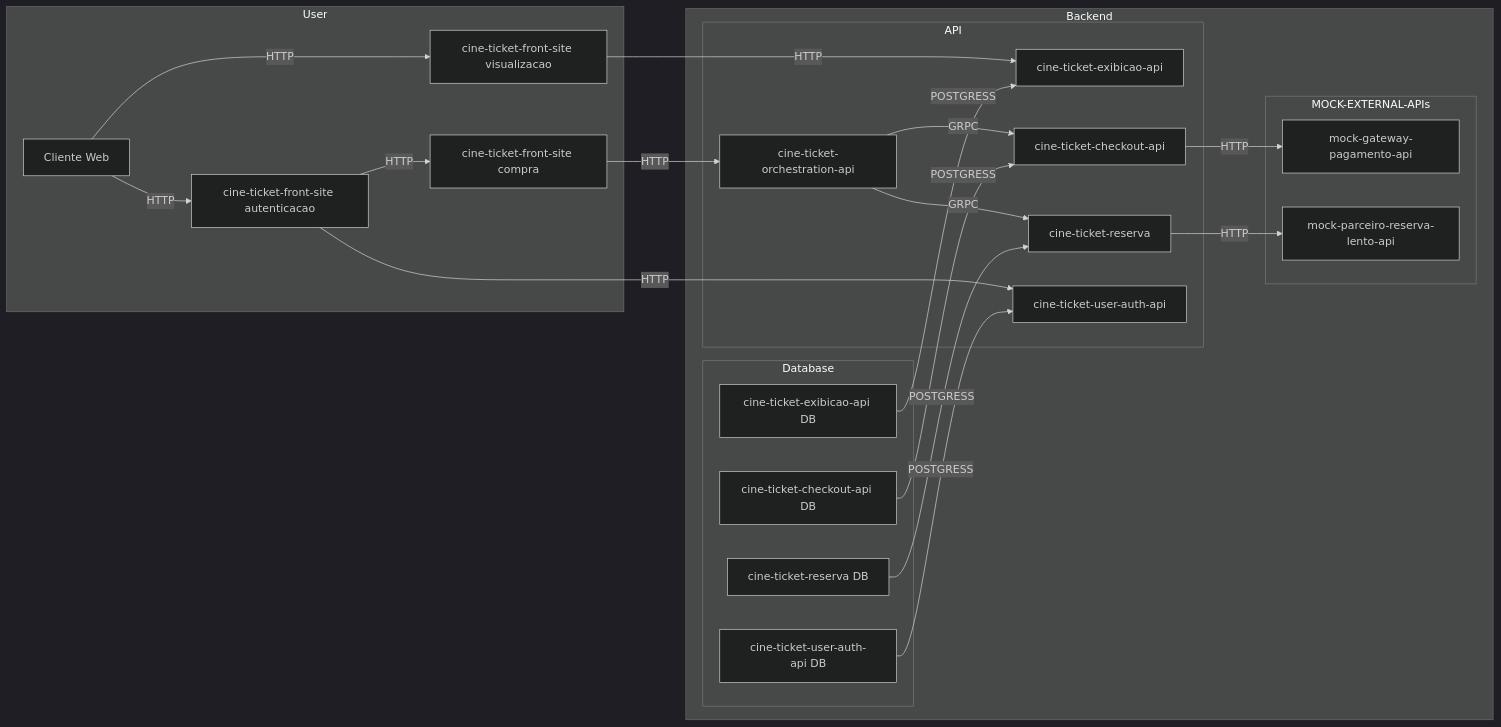
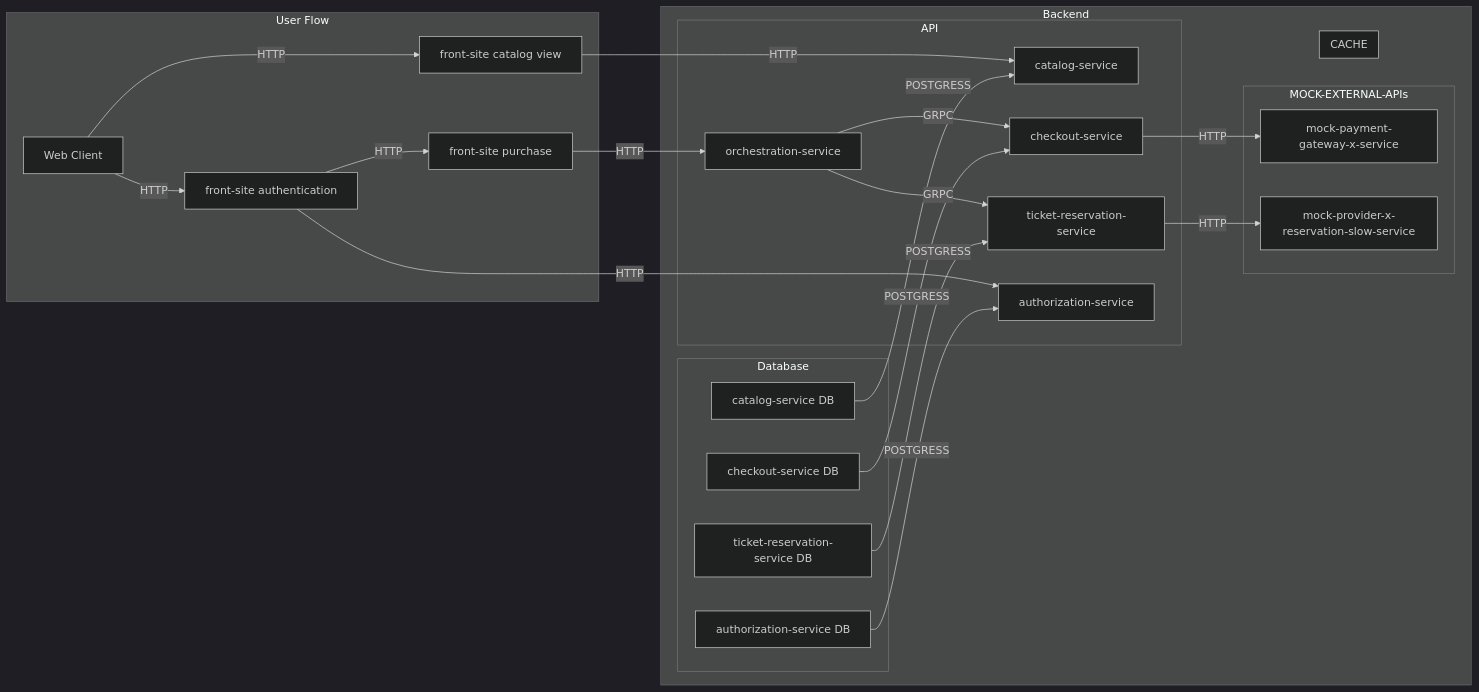
The diagram in README.md (jtonynet/cine-ticket-study-microsservices), drawn with Mermaid (dark theme) before and after one commit. The commit also changed other lines of this file and 1 other file, not shown here.

````diff
--- a/README.md
+++ b/README.md
@@ -80,32 +80,37 @@
 ```mermaid
 graph LR
 
-subgraph User
-  A[Cliente Web] -->|HTTP| B[cine-ticket-front-site visualizacao]
-  A -->|HTTP| D[cine-ticket-front-site autenticacao]
-  D -->|HTTP| C[cine-ticket-front-site compra]
+subgraph User Flow
+  A[Web Client] -->|HTTP| B[front-site catalog view]
+  A -->|HTTP| D[front-site authentication]
+  D -->|HTTP| C[front-site purchase]
 end
 
 subgraph Backend
   subgraph API
-    B -->|HTTP| E[cine-ticket-exibicao-api]
-    C -->|HTTP| N[cine-ticket-orchestration-api]
-    N -->|GRPC| F[cine-ticket-checkout-api]
-    N -->|GRPC| L[cine-ticket-reserva]
-    D -->|HTTP| O[cine-ticket-user-auth-api]
-  end
-  
-  subgraph MOCK-EXTERNAL-APIs
-    F -->|HTTP| G[mock-gateway-pagamento-api]
-    L -->|HTTP| M[mock-parceiro-reserva-lento-api]
+    B -->|HTTP| E[catalog-service]
+    C -->|HTTP| N[orchestration-service]
+    N -->|GRPC| F[checkout-service]
+    N -->|GRPC| L[ticket-reservation-service]
+    D -->|HTTP| O[authorization-service]
   end
   
   subgraph Database
-    H[cine-ticket-exibicao-api DB] -->|POSTGRESS| E
-    K[cine-ticket-checkout-api DB] -->|POSTGRESS| F
-    P[cine-ticket-user-auth-api DB] -->|POSTGRESS| O
-    Q[cine-ticket-reserva DB] -->|POSTGRESS| L
+    H[catalog-service DB] -->|POSTGRESS| E
+    K[checkout-service DB] -->|POSTGRESS| F
+    P[authorization-service DB] -->|POSTGRESS| O
+    Q[ticket-reservation-service DB] -->|POSTGRESS| L
   end
+
+  subgraph MOCK-EXTERNAL-APIs
+    F -->|HTTP| G[mock-payment-gateway-x-service]
+    L -->|HTTP| M[mock-provider-x-reservation-slow-service]
+  end
+
+  subgraph CACHE
+    
+  end
+
 end
 
 ``` 
````
